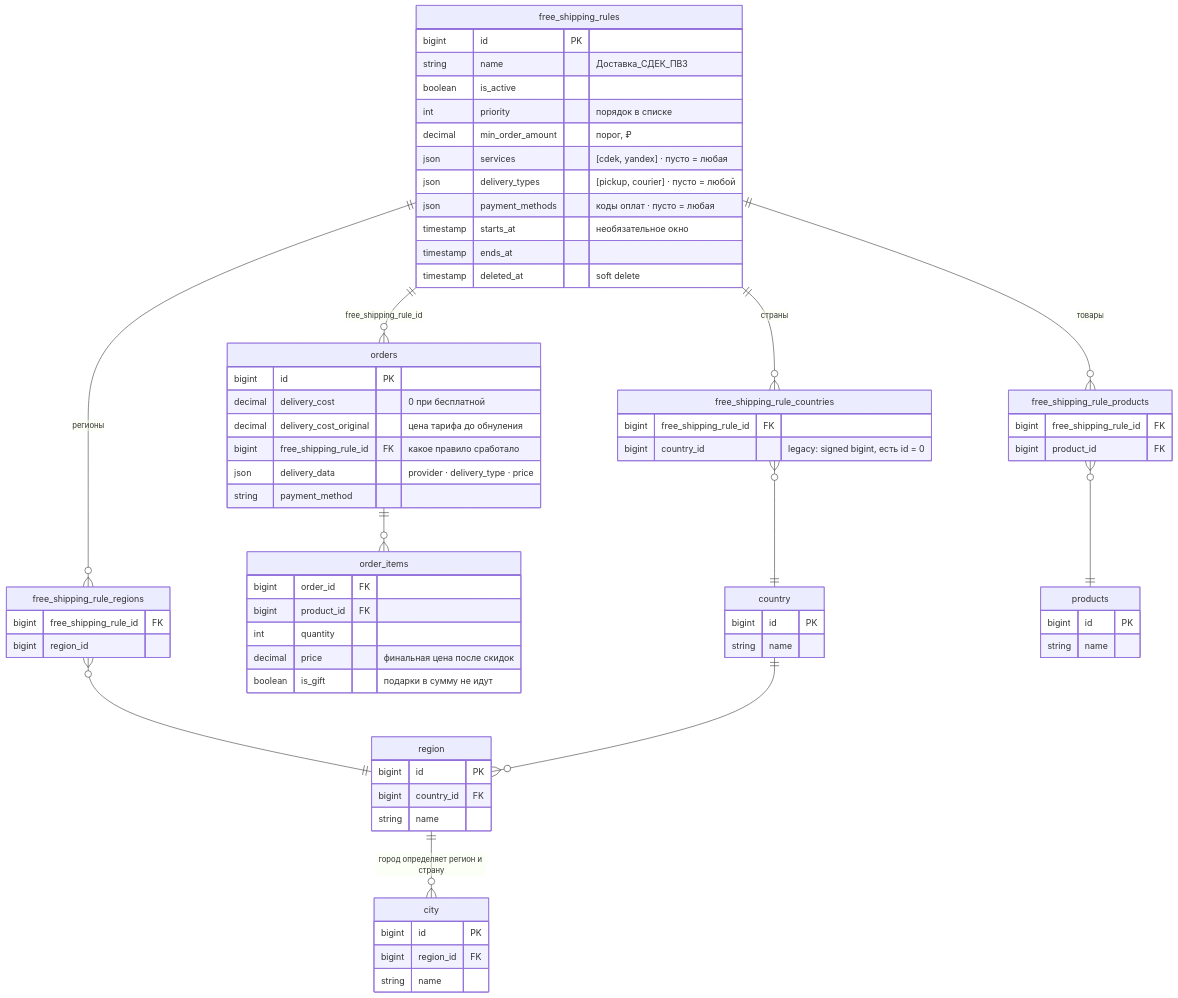
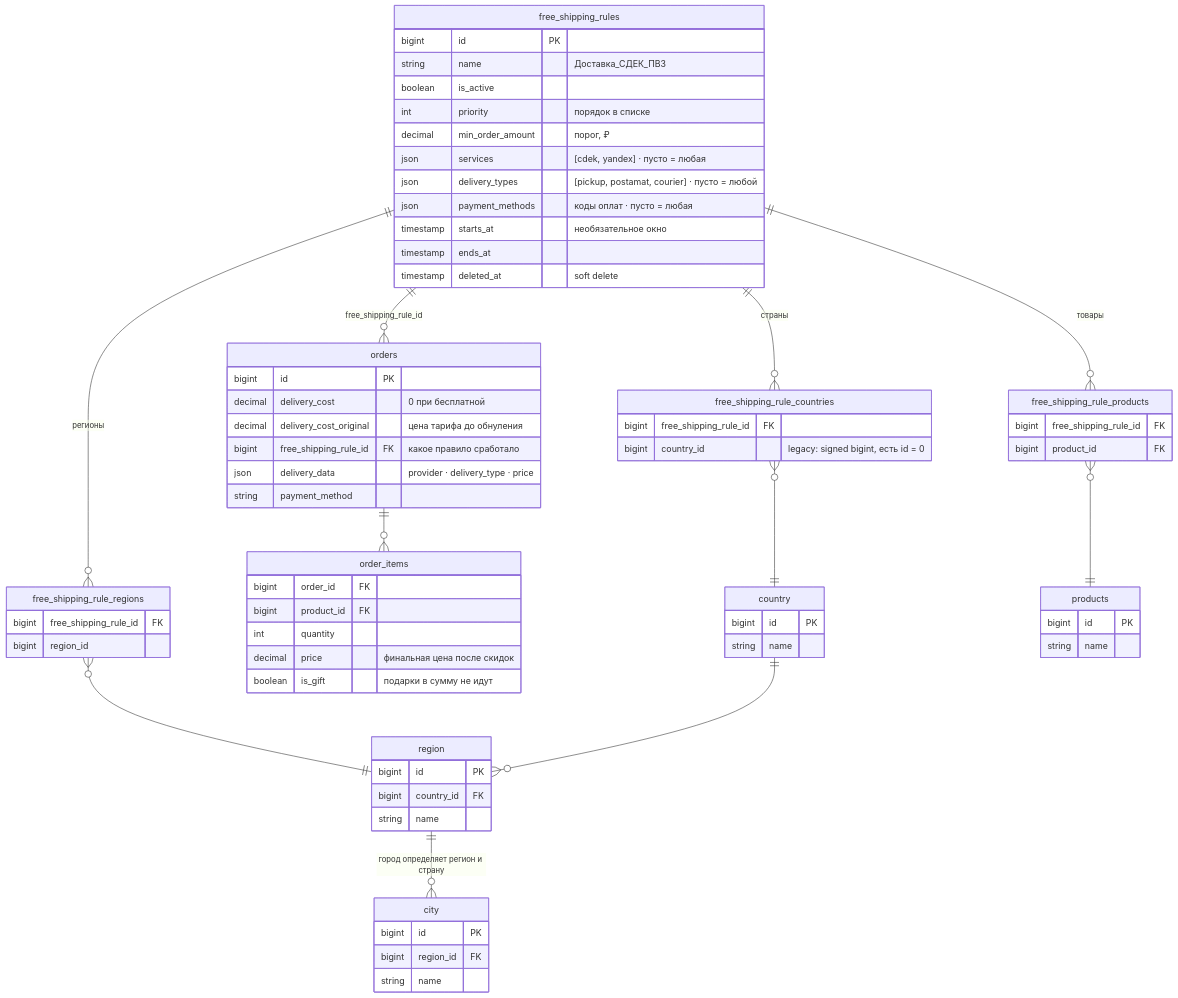
Before and after one commit to aziztwelve/again_laravel: the fourth of 7 diagrams in docs/tasks/free-shipping-architecture.md, drawn with Mermaid. The commit also changed other lines of this file and 6 other files, not shown here.

````diff
--- a/docs/tasks/free-shipping-architecture.md
+++ b/docs/tasks/free-shipping-architecture.md
@@ -152,70 +152,70 @@
 ```mermaid
 erDiagram
     free_shipping_rules {
         bigint id PK
         string name "Доставка_СДЕК_ПВЗ"
         boolean is_active
         int priority "порядок в списке"
         decimal min_order_amount "порог, ₽"
         json services "[cdek, yandex] · пусто = любая"
-        json delivery_types "[pickup, courier] · пусто = любой"
+        json delivery_types "[pickup, postamat, courier] · пусто = любой"
         json payment_methods "коды оплат · пусто = любая"
         timestamp starts_at "необязательное окно"
         timestamp ends_at
         timestamp deleted_at "soft delete"
     }
 
     free_shipping_rule_products {
         bigint free_shipping_rule_id FK
         bigint product_id FK
     }
 
     free_shipping_rule_countries {
         bigint free_shipping_rule_id FK
         bigint country_id "legacy: signed bigint, есть id = 0"
     }
 
     free_shipping_rule_regions {
         bigint free_shipping_rule_id FK
         bigint region_id
     }
 
     orders {
         bigint id PK
         decimal delivery_cost "0 при бесплатной"
         decimal delivery_cost_original "цена тарифа до обнуления"
         bigint free_shipping_rule_id FK "какое правило сработало"
         json delivery_data "provider · delivery_type · price"
         string payment_method
     }
 
     order_items {
         bigint order_id FK
         bigint product_id FK
         int quantity
         decimal price "финальная цена после скидок"
         boolean is_gift "подарки в сумму не идут"
     }
 
     country { bigint id PK
         string name }
     region { bigint id PK
         bigint country_id FK
         string name }
     city { bigint id PK
         bigint region_id FK
         string name }
     products { bigint id PK
         string name }
 
     free_shipping_rules ||--o{ free_shipping_rule_products : "товары"
     free_shipping_rules ||--o{ free_shipping_rule_countries : "страны"
     free_shipping_rules ||--o{ free_shipping_rule_regions : "регионы"
     free_shipping_rule_products }o--|| products : ""
     free_shipping_rule_countries }o--|| country : ""
     free_shipping_rule_regions }o--|| region : ""
     country ||--o{ region : ""
     region ||--o{ city : "город определяет регион и страну"
     free_shipping_rules ||--o{ orders : "free_shipping_rule_id"
     orders ||--o{ order_items : ""
 ```
````
